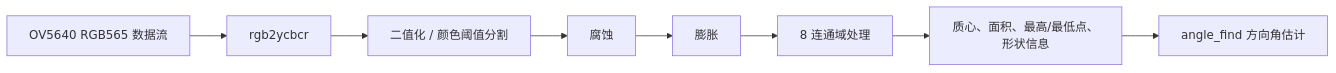
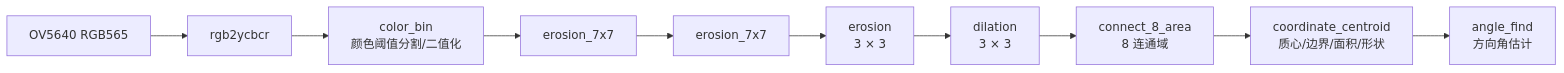
The second of 2 diagrams in README.md (WangBaren02/Image-acquisition-and-recognition-robotic-arm-analysis-and-control-system-based-on-FPGA), drawn with Mermaid before and after one commit. The commit also changed other lines of this file and 69 other files, not shown here.

````diff
--- a/README.md
+++ b/README.md
@@ -58,10 +69,12 @@
 ```mermaid
 flowchart LR
-    A[OV5640 RGB565 数据流] --> B[rgb2ycbcr]
-    B --> C[二值化 / 颜色阈值分割]
-    C --> D[腐蚀]
-    D --> E[膨胀]
-    E --> F[8 连通域处理]
-    F --> G[质心、面积、最高/最低点、形状信息]
-    G --> H[angle_find 方向角估计]
+    A[OV5640 RGB565] --> B[rgb2ycbcr]
+    B --> C[color_bin<br/>颜色阈值分割/二值化]
+    C --> D1[erosion_7x7]
+    D1 --> D2[erosion_7x7]
+    D2 --> E[erosion<br/>3 × 3]
+    E --> F[dilation<br/>3 × 3]
+    F --> G[connect_8_area<br/>8 连通域]
+    G --> H[coordinate_centroid<br/>质心/边界/面积/形状]
+    H --> I[angle_find<br/>方向角估计]
 ```
````
